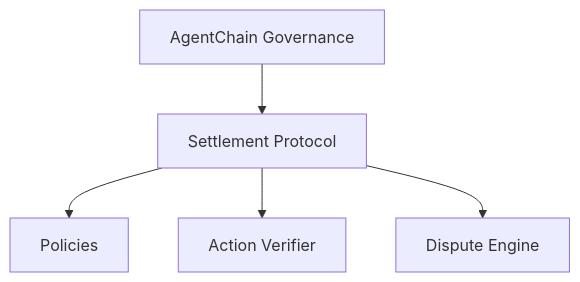
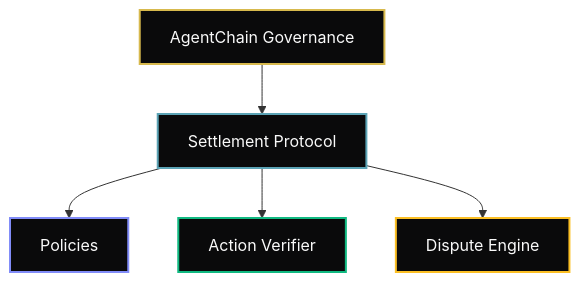
One commit to humbleaf/docs changed the second of 3 diagrams in agentchain/architecture.mdx. Above: the diagram before and after it, drawn with Mermaid. The commit also changed other lines of this file and 6 other files, not shown here.

````diff
--- a/agentchain/architecture.mdx
+++ b/agentchain/architecture.mdx
@@ -36,7 +42,13 @@
 ```mermaid
 flowchart TD
     Gov[AgentChain Governance] --> Protocol[Settlement Protocol]
     Protocol --> P[Policies]
     Protocol --> V[Action Verifier]
     Protocol --> D[Dispute Engine]
+
+    style Gov fill:#0a0a0b,stroke:#d7b94d,stroke-width:2px,color:#fafafa
+    style Protocol fill:#0a0a0b,stroke:#5ba3b5,stroke-width:2px,color:#fafafa
+    style P fill:#0a0a0b,stroke:#818cf8,stroke-width:2px,color:#fafafa
+    style V fill:#0a0a0b,stroke:#10B981,stroke-width:2px,color:#fafafa
+    style D fill:#0a0a0b,stroke:#fbbf24,stroke-width:2px,color:#fafafa
 ```
````
